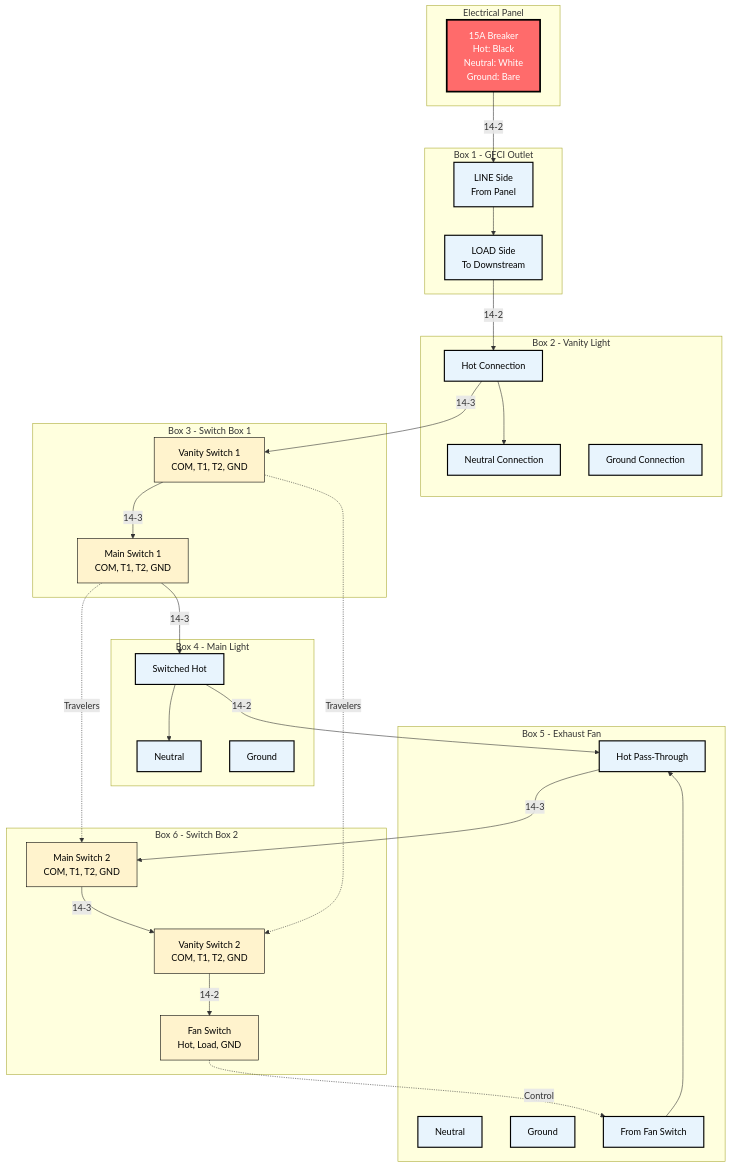
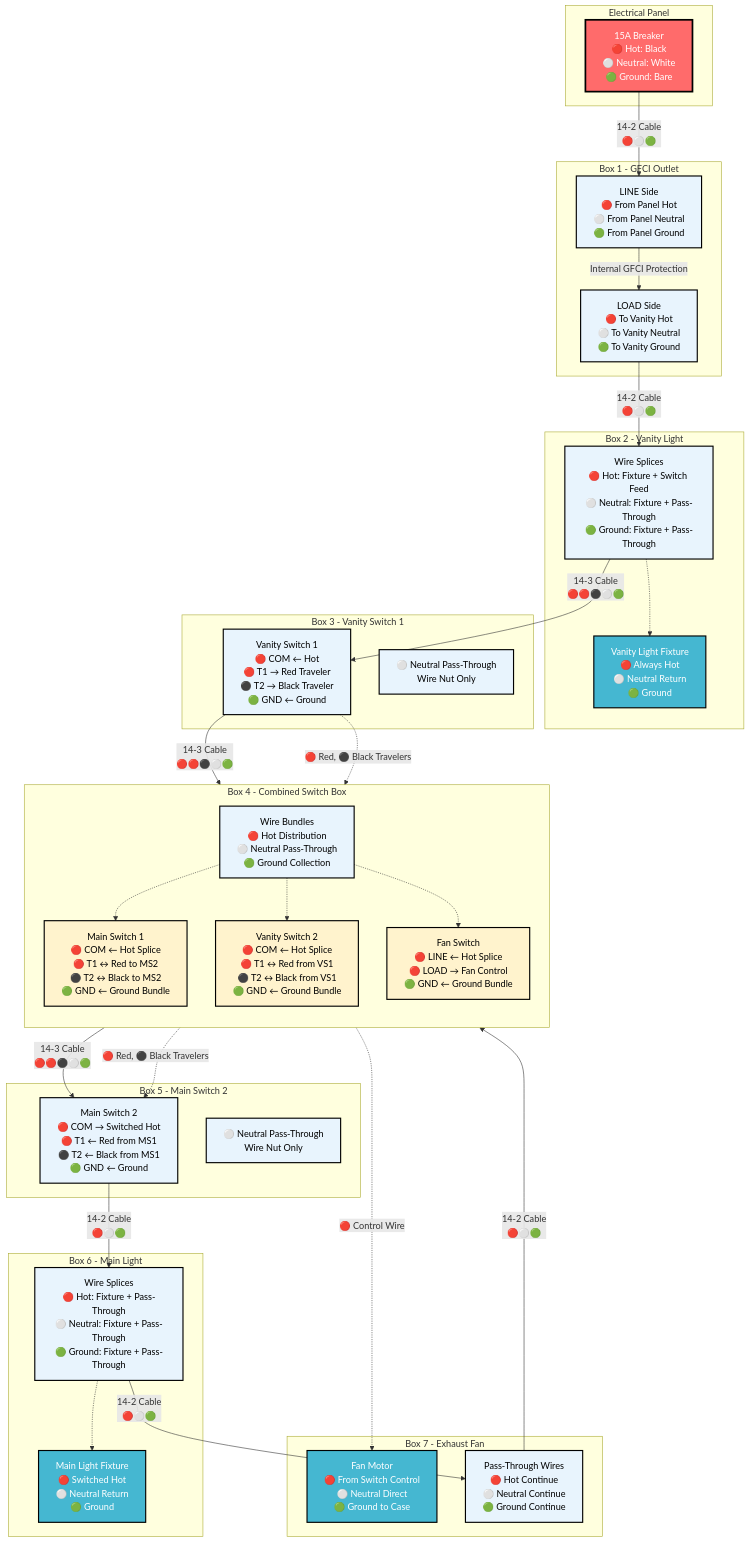
The third of 10 diagrams in diagrams/mermaid-wiring-diagram.md (ticklemycode/electrical-wiring), drawn with Mermaid before and after one commit. The commit also changed other lines of this file, not shown here.

Commit message:
color wires to mermaid diagram

````diff
--- a/diagrams/mermaid-wiring-diagram.md
+++ b/diagrams/mermaid-wiring-diagram.md
@@ -101,69 +101,78 @@
 ```mermaid
 flowchart TD
     subgraph "Electrical Panel"
-        PANEL[15A Breaker<br/>Hot: Black<br/>Neutral: White<br/>Ground: Bare]
+        PANEL[15A Breaker<br/>🔴 Hot: Black<br/>⚪ Neutral: White<br/>🟢 Ground: Bare]
     end
     
     subgraph "Box 1 - GFCI Outlet"
-        GFCI_LINE[LINE Side<br/>From Panel]
-        GFCI_LOAD[LOAD Side<br/>To Downstream]
-        GFCI_LINE --> GFCI_LOAD
+        GFCI_LINE[LINE Side<br/>🔴 From Panel Hot<br/>⚪ From Panel Neutral<br/>🟢 From Panel Ground]
+        GFCI_LOAD[LOAD Side<br/>🔴 To Vanity Hot<br/>⚪ To Vanity Neutral<br/>🟢 To Vanity Ground]
+        GFCI_LINE -->|Internal GFCI Protection| GFCI_LOAD
     end
     
     subgraph "Box 2 - Vanity Light"
-        VL_HOT[Hot Connection]
-        VL_NEUTRAL[Neutral Connection]
-        VL_GROUND[Ground Connection]
-        VL_HOT --> VL_NEUTRAL
+        VL_FIXTURE[Vanity Light Fixture<br/>🔴 Always Hot<br/>⚪ Neutral Return<br/>🟢 Ground]
+        VL_SPLICE[Wire Splices<br/>🔴 Hot: Fixture + Switch Feed<br/>⚪ Neutral: Fixture + Pass-Through<br/>🟢 Ground: Fixture + Pass-Through]
+        VL_SPLICE -.-> VL_FIXTURE
     end
     
-    subgraph "Box 3 - Switch Box 1"
-        SW1_VS[Vanity Switch 1<br/>COM, T1, T2, GND]
-        SW1_MS[Main Switch 1<br/>COM, T1, T2, GND]
+    subgraph "Box 3 - Vanity Switch 1"
+        VS1_SWITCH[Vanity Switch 1<br/>🔴 COM ← Hot<br/>🔴 T1 → Red Traveler<br/>⚫ T2 → Black Traveler<br/>🟢 GND ← Ground]
+        VS1_NEUTRAL[⚪ Neutral Pass-Through<br/>Wire Nut Only]
     end
     
-    subgraph "Box 4 - Main Light"
-        ML_SWITCH[Switched Hot]
-        ML_NEUTRAL[Neutral]
-        ML_GROUND[Ground]
-        ML_SWITCH --> ML_NEUTRAL
+    subgraph "Box 4 - Combined Switch Box"
+        direction TB
+        COMB_MAIN[Main Switch 1<br/>🔴 COM ← Hot Splice<br/>🔴 T1 ↔ Red to MS2<br/>⚫ T2 ↔ Black to MS2<br/>🟢 GND ← Ground Bundle]
+        COMB_VANITY[Vanity Switch 2<br/>🔴 COM ← Hot Splice<br/>🔴 T1 ↔ Red from VS1<br/>⚫ T2 ↔ Black from VS1<br/>🟢 GND ← Ground Bundle]
+        COMB_FAN[Fan Switch<br/>🔴 LINE ← Hot Splice<br/>🔴 LOAD → Fan Control<br/>🟢 GND ← Ground Bundle]
+        COMB_BUNDLES[Wire Bundles<br/>🔴 Hot Distribution<br/>⚪ Neutral Pass-Through<br/>🟢 Ground Collection]
+        
+        COMB_BUNDLES -.-> COMB_MAIN
+        COMB_BUNDLES -.-> COMB_VANITY
+        COMB_BUNDLES -.-> COMB_FAN
     end
     
-    subgraph "Box 5 - Exhaust Fan"
-        FAN_HOT[Hot Pass-Through]
-        FAN_NEUTRAL[Neutral]
-        FAN_GROUND[Ground]
-        FAN_SWITCH_HOT[From Fan Switch]
-        FAN_SWITCH_HOT --> FAN_HOT
+    subgraph "Box 5 - Main Switch 2"
+        MS2_SWITCH[Main Switch 2<br/>🔴 COM → Switched Hot<br/>🔴 T1 ← Red from MS1<br/>⚫ T2 ← Black from MS1<br/>🟢 GND ← Ground]
+        MS2_NEUTRAL[⚪ Neutral Pass-Through<br/>Wire Nut Only]
     end
     
-    subgraph "Box 6 - Switch Box 2"
-        SW2_MS[Main Switch 2<br/>COM, T1, T2, GND]
-        SW2_VS[Vanity Switch 2<br/>COM, T1, T2, GND]
-        SW2_FS[Fan Switch<br/>Hot, Load, GND]
+    subgraph "Box 6 - Main Light"
+        ML_FIXTURE[Main Light Fixture<br/>🔴 Switched Hot<br/>⚪ Neutral Return<br/>🟢 Ground]
+        ML_SPLICE[Wire Splices<br/>🔴 Hot: Fixture + Pass-Through<br/>⚪ Neutral: Fixture + Pass-Through<br/>🟢 Ground: Fixture + Pass-Through]
+        ML_SPLICE -.-> ML_FIXTURE
     end
     
-    %% Wire Connections
-    PANEL -->|14-2| GFCI_LINE
-    GFCI_LOAD -->|14-2| VL_HOT
-    VL_HOT -->|14-3| SW1_VS
-    SW1_VS -->|14-3| SW1_MS
-    SW1_MS -->|14-3| ML_SWITCH
-    ML_SWITCH -->|14-2| FAN_HOT
-    FAN_HOT -->|14-3| SW2_MS
-    SW2_MS -->|14-3| SW2_VS
-    SW2_VS -->|14-2| SW2_FS
+    subgraph "Box 7 - Exhaust Fan"
+        FAN_MOTOR[Fan Motor<br/>🔴 From Switch Control<br/>⚪ Neutral Direct<br/>🟢 Ground to Case]
+        FAN_PASS[Pass-Through Wires<br/>🔴 Hot Continue<br/>⚪ Neutral Continue<br/>🟢 Ground Continue]
+    end
+    
+    %% Cable Connections with Wire Colors
+    PANEL -->|14-2 Cable<br/>🔴⚪🟢| GFCI_LINE
+    GFCI_LOAD -->|14-2 Cable<br/>🔴⚪🟢| VL_SPLICE
+    VL_SPLICE -->|14-3 Cable<br/>🔴🔴⚫⚪🟢| VS1_SWITCH
+    VS1_SWITCH -->|14-3 Cable<br/>🔴🔴⚫⚪🟢| COMB_BUNDLES
+    COMB_BUNDLES -->|14-3 Cable<br/>🔴🔴⚫⚪🟢| MS2_SWITCH
+    MS2_SWITCH -->|14-2 Cable<br/>🔴⚪🟢| ML_SPLICE
+    ML_SPLICE -->|14-2 Cable<br/>🔴⚪🟢| FAN_PASS
+    FAN_PASS -->|14-2 Cable<br/>🔴⚪🟢| COMB_BUNDLES
+    
+    %% Control Wires
+    COMB_FAN -.->|🔴 Control Wire| FAN_MOTOR
     
     %% Traveler Connections
-    SW1_VS -.->|Travelers| SW2_VS
-    SW1_MS -.->|Travelers| SW2_MS
-    SW2_FS -.->|Control| FAN_SWITCH_HOT
+    VS1_SWITCH -.->|🔴 Red, ⚫ Black Travelers| COMB_VANITY
+    COMB_MAIN -.->|🔴 Red, ⚫ Black Travelers| MS2_SWITCH
     
     classDef panelStyle fill:#ff6b6b,stroke:#000,stroke-width:3px,color:#fff
     classDef boxStyle fill:#e8f4fd,stroke:#000,stroke-width:2px,color:#000
-    classDef deviceStyle fill:#fff3cd,stroke:#000,stroke-width:1px,color:#000
+    classDef deviceStyle fill:#fff3cd,stroke:#000,stroke-width:2px,color:#000
+    classDef fixtureStyle fill:#45b7d1,stroke:#000,stroke-width:2px,color:#fff
     
     class PANEL panelStyle
-    class GFCI_LINE,GFCI_LOAD,VL_HOT,VL_NEUTRAL,VL_GROUND,ML_SWITCH,ML_NEUTRAL,ML_GROUND,FAN_HOT,FAN_NEUTRAL,FAN_GROUND,FAN_SWITCH_HOT boxStyle
-    class SW1_VS,SW1_MS,SW2_MS,SW2_VS,SW2_FS deviceStyle
+    class GFCI_LINE,GFCI_LOAD,VL_SPLICE,VS1_SWITCH,VS1_NEUTRAL,COMB_BUNDLES,MS2_SWITCH,MS2_NEUTRAL,ML_SPLICE,FAN_PASS boxStyle
+    class COMB_MAIN,COMB_VANITY,COMB_FAN deviceStyle
+    class VL_FIXTURE,ML_FIXTURE,FAN_MOTOR fixtureStyle
 ```
````
